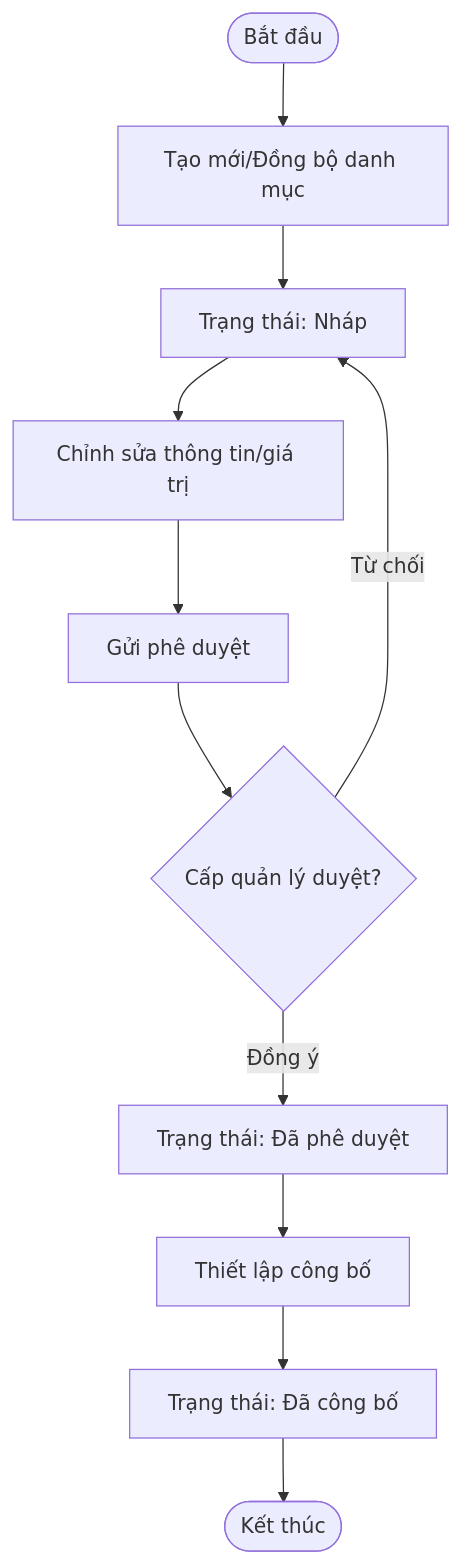
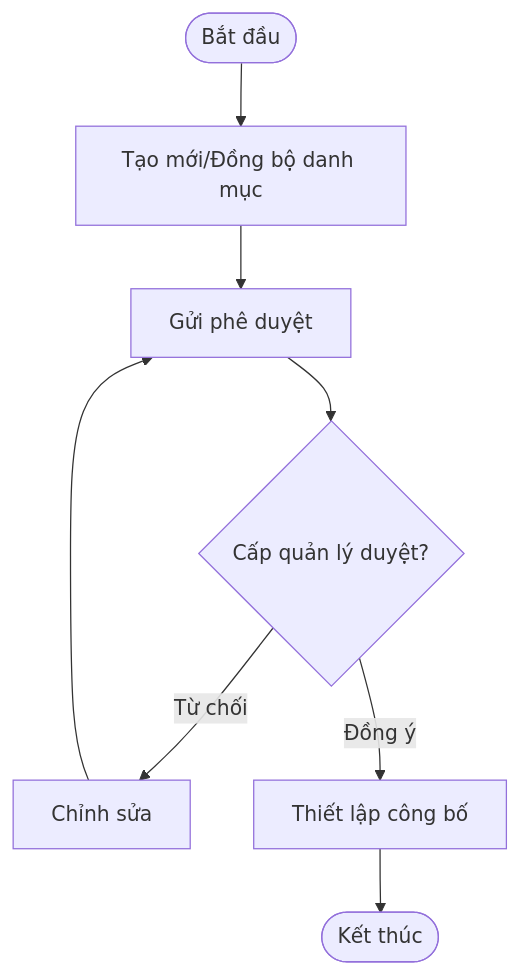
One commit to phanphuong19799-svg/BTP-DLDC changed the fourth of 8 diagrams in tailieu/tailieuphantich/luongnamhinh.md. Above: the diagram before and after it, drawn with Mermaid. The commit also changed other lines of this file and 562 other files, not shown here.

````diff
--- a/tailieu/tailieuphantich/luongnamhinh.md
+++ b/tailieu/tailieuphantich/luongnamhinh.md
@@ -120,13 +121,10 @@
 ```mermaid
 graph TD
     Start([Bắt đầu]) --> Create[Tạo mới/Đồng bộ danh mục]
-    Create --> Draft[Trạng thái: Nháp]
-    Draft --> Edit[Chỉnh sửa thông tin/giá trị]
-    Edit --> Submit[Gửi phê duyệt]
+    Create --> Submit[Gửi phê duyệt]
     Submit --> Review{Cấp quản lý duyệt?}
-    Review -- Từ chối --> Draft
-    Review -- Đồng ý --> Approved[Trạng thái: Đã phê duyệt]
-    Approved --> Publish[Thiết lập công bố]
-    Publish --> Public[Trạng thái: Đã công bố]
-    Public --> End([Kết thúc])
+    Review -- Từ chối --> Edit[Chỉnh sửa]
+    Edit --> Submit
+    Review -- Đồng ý --> Publish[Thiết lập công bố]
+    Publish --> End([Kết thúc])
 ```
````
